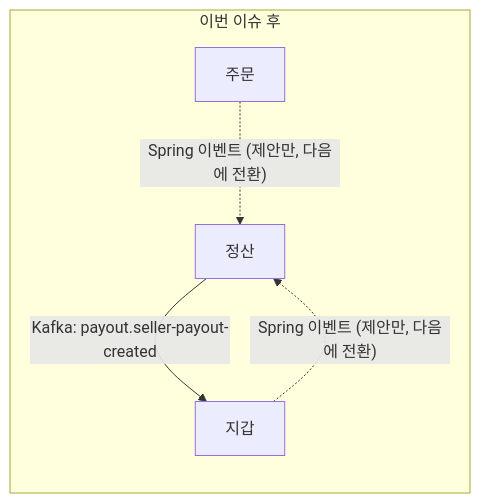
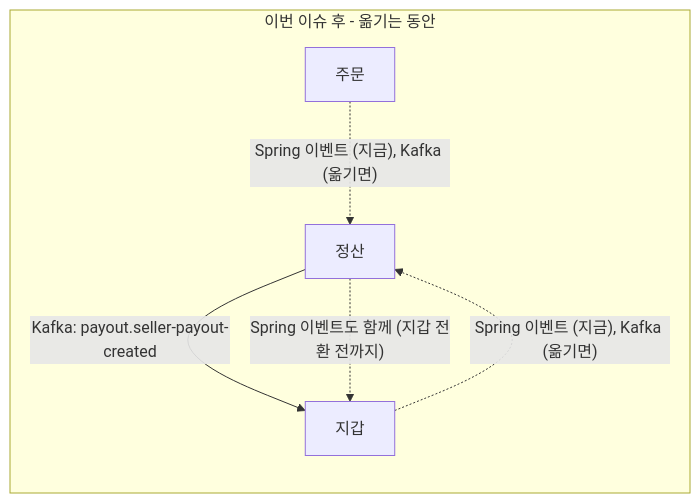
One commit to prgrms-be-adv-devcourse/beadv8_1_200OK_BE changed the second of 2 diagrams in payout/docs/kafka-switch-team-talk.md. Above: the diagram before and after it, drawn with Mermaid. The commit also changed other lines of this file, not shown here.

First line of the commit message:
Docs: 정산 Kafka 협의 문서를 이중 발행·이중 수신 기준으로 정리

````diff
--- a/payout/docs/kafka-switch-team-talk.md
+++ b/payout/docs/kafka-switch-team-talk.md
@@ -28,8 +28,9 @@
 ```mermaid
 flowchart LR
-    subgraph 이번[이번 이슈 후]
+    subgraph 이번[이번 이슈 후 - 옮기는 동안]
         P2[정산] -- "Kafka: payout.seller-payout-created" --> W2[지갑]
-        O2[주문] -. "Spring 이벤트 (제안만, 다음에 전환)" .-> P2
-        W2 -. "Spring 이벤트 (제안만, 다음에 전환)" .-> P2
+        P2 -. "Spring 이벤트도 함께 (지갑 전환 전까지)" .-> W2
+        O2[주문] -. "Spring 이벤트 (지금), Kafka (옮기면)" .-> P2
+        W2 -. "Spring 이벤트 (지금), Kafka (옮기면)" .-> P2
     end
 ```
````
